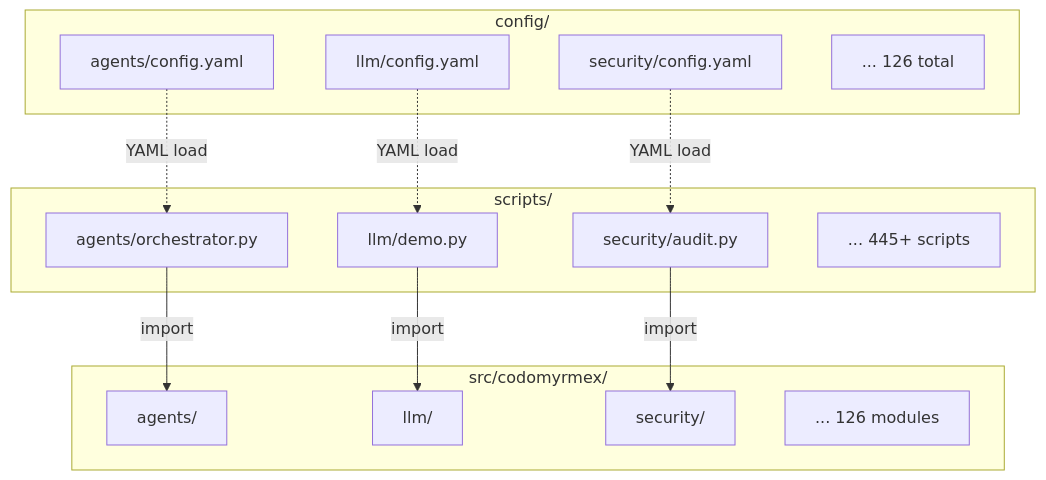
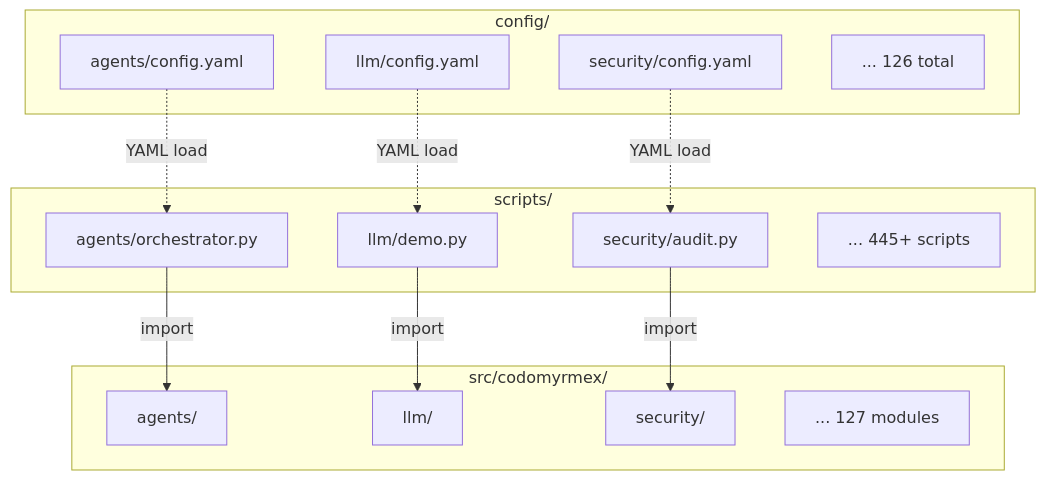
The sixth of 7 diagrams in .github/README.md (docxology/codomyrmex), drawn with Mermaid before and after one commit. The commit also changed other lines of this file and 1208 other files, not shown here.

````diff
--- a/.github/README.md
+++ b/.github/README.md
@@ -523,30 +523,30 @@
 ```mermaid
 graph TB
     subgraph ConfigRoot["config/"]
         C1["agents/config.yaml"]
         C2["llm/config.yaml"]
         C3["security/config.yaml"]
         Cdots["... 126 total"]
     end
 
     subgraph Scripts["scripts/"]
         S1["agents/orchestrator.py"]
         S2["llm/demo.py"]
         S3["security/audit.py"]
         Sdots["... 445+ scripts"]
     end
 
     subgraph Source["src/codomyrmex/"]
         Src1["agents/"]
         Src2["llm/"]
         Src3["security/"]
-        SrcDots["... 126 modules"]
+        SrcDots["... 127 modules"]
     end
 
     C1 -.->|"YAML load"| S1
     C2 -.->|"YAML load"| S2
     C3 -.->|"YAML load"| S3
     S1 -->|"import"| Src1
     S2 -->|"import"| Src2
     S3 -->|"import"| Src3
 ```
````
